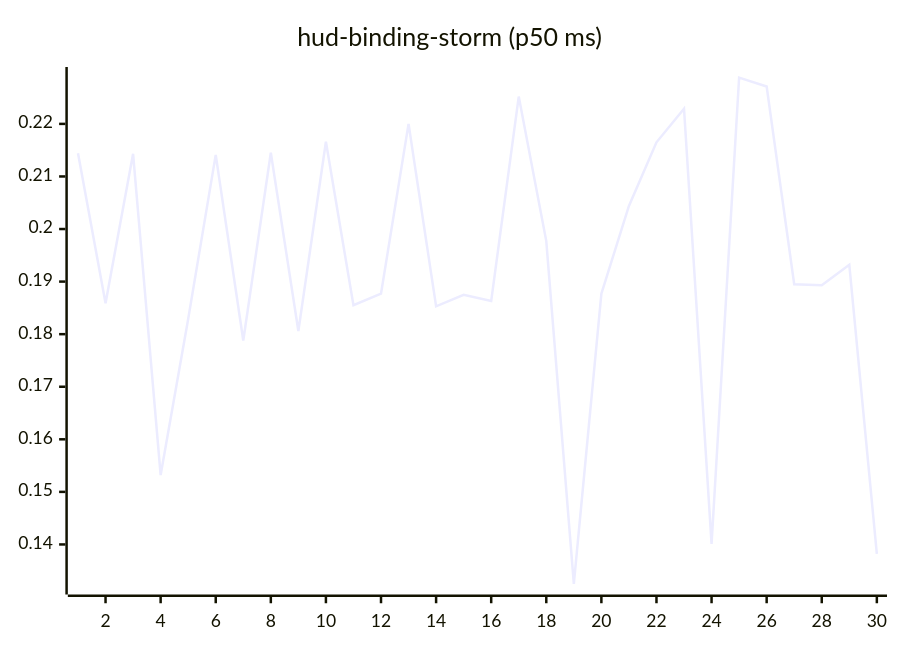
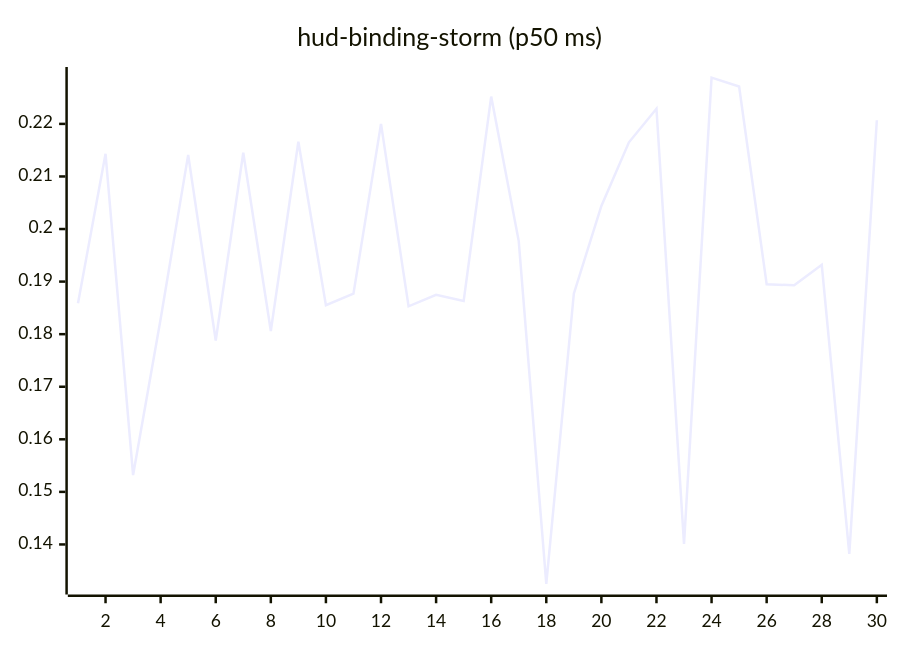
The tenth of 27 diagrams in README.md (josha/Facet), drawn with Mermaid before and after one commit. The commit also changed other lines of this file and 2 other files, not shown here.

````diff
--- a/README.md
+++ b/README.md
@@ -126,6 +126,6 @@
 ```mermaid
 xychart-beta
     title "hud-binding-storm (p50 ms)"
     x-axis 1 --> 30
-    line [0.2144, 0.1859, 0.2143, 0.1532, 0.1829, 0.2141, 0.1788, 0.2145, 0.1806, 0.2166, 0.1855, 0.1877, 0.2200, 0.1853, 0.1875, 0.1863, 0.2252, 0.1977, 0.1325, 0.1877, 0.2044, 0.2165, 0.2229, 0.1401, 0.2288, 0.2271, 0.1895, 0.1893, 0.1932, 0.1382]
+    line [0.1859, 0.2143, 0.1532, 0.1829, 0.2141, 0.1788, 0.2145, 0.1806, 0.2166, 0.1855, 0.1877, 0.2200, 0.1853, 0.1875, 0.1863, 0.2252, 0.1977, 0.1325, 0.1877, 0.2044, 0.2165, 0.2229, 0.1401, 0.2288, 0.2271, 0.1895, 0.1893, 0.1932, 0.1382, 0.2207]
 ```
````
